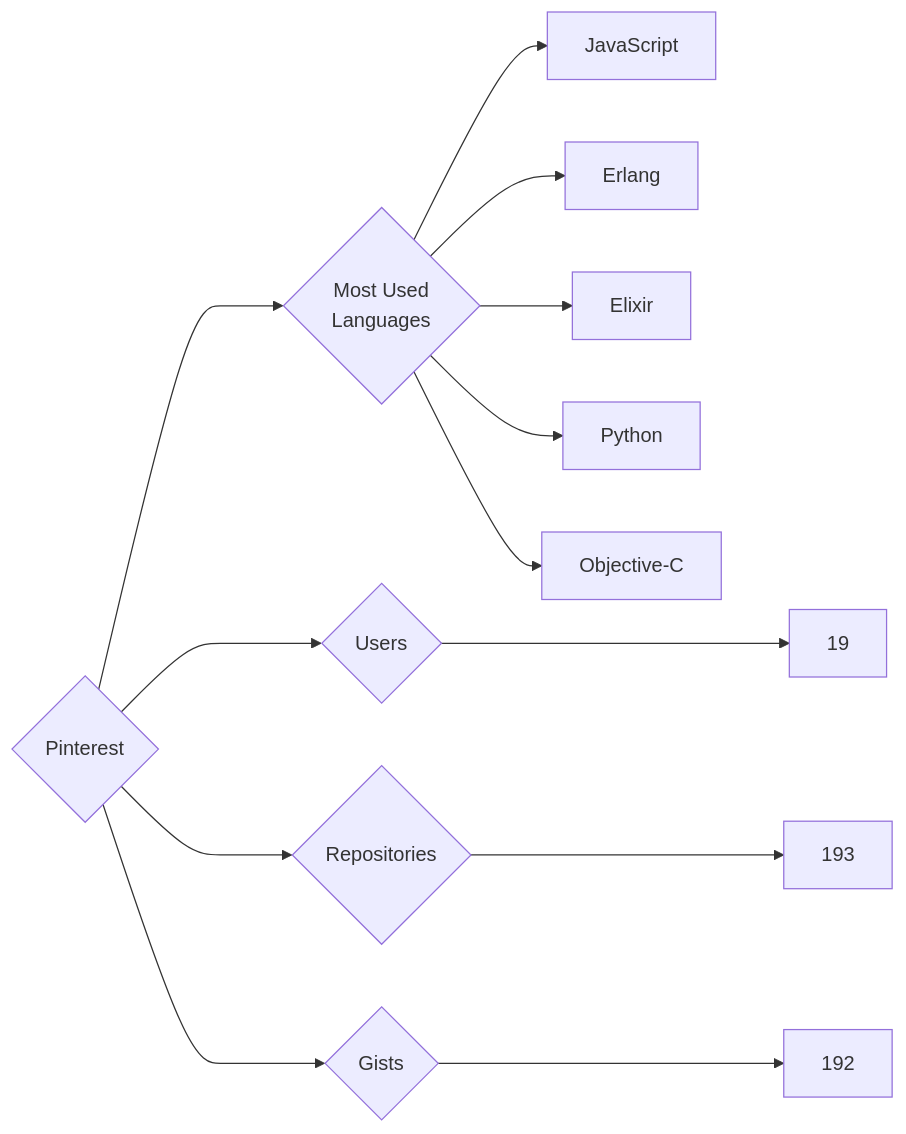
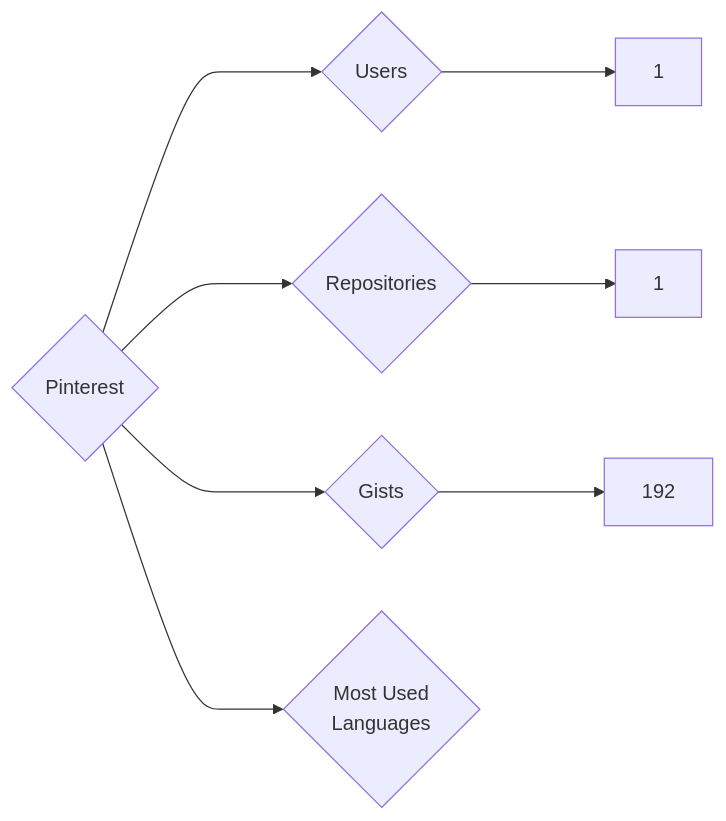
The diagram in targets/Pinterest/README.md (trickest/insiders), drawn with Mermaid before and after one commit. The commit also changed 582 other files, not shown here.

````diff
--- a/targets/Pinterest/README.md
+++ b/targets/Pinterest/README.md
@@ -3,13 +3,8 @@
 ```mermaid
 graph LR
 COMPANY_NAME{Pinterest}
-COMPANY_NAME ---> U{Users} ---> UN[19]
-COMPANY_NAME ---> R{Repositories} ---> RN[193]
+COMPANY_NAME ---> U{Users} ---> UN[1]
+COMPANY_NAME ---> R{Repositories} ---> RN[1]
 COMPANY_NAME ---> G{Gists} ---> GN[192]
 COMPANY_NAME ---> ML{Most Used<br>Languages}
-ML --> JavaScript[JavaScript]
-ML --> Erlang[Erlang]
-ML --> Elixir[Elixir]
-ML --> Python[Python]
-ML --> Objective-C[Objective-C]
 ```
````
